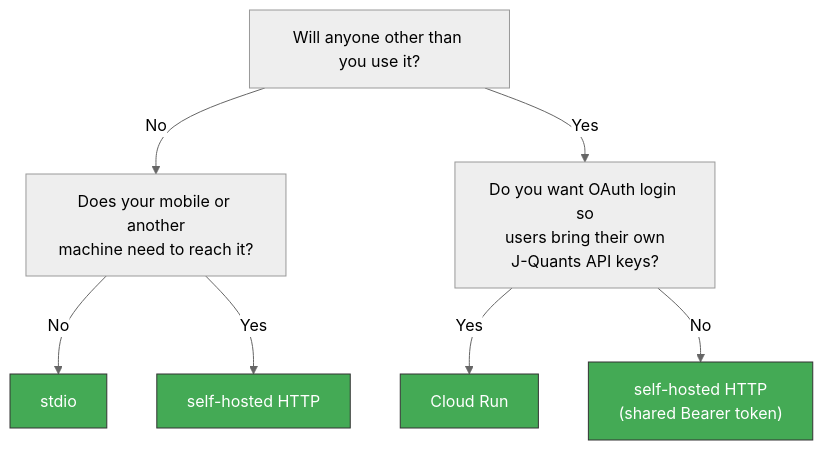
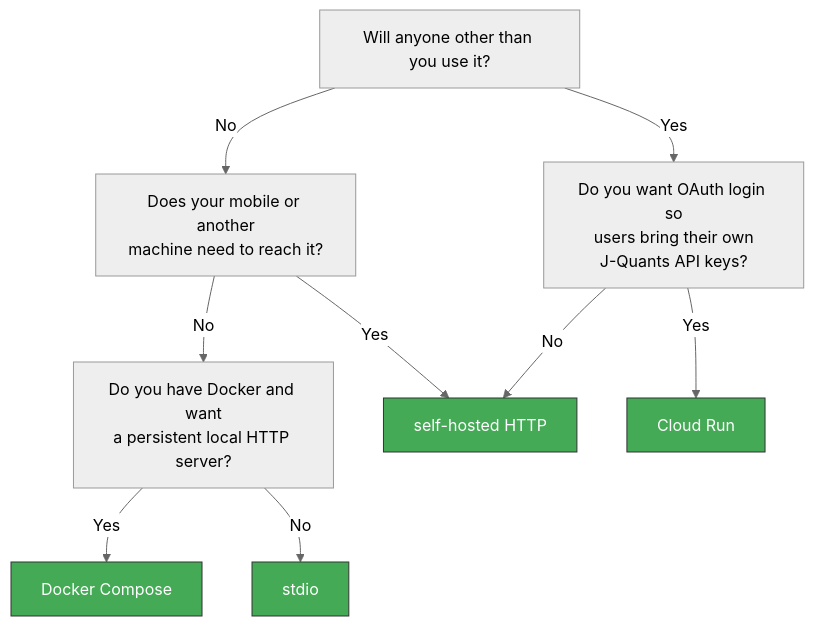
The fifth of 5 diagrams in docs/deploy/overview.md (shigechika/jquants-mcp), drawn with Mermaid (neutral theme) before and after one commit. The commit also changed other lines of this file and 5 other files, not shown here.

First line of the commit message:
docs(deploy): add Docker shape, BT mermaid diagrams, and Japanese translations

````diff
--- a/docs/deploy/overview.md
+++ b/docs/deploy/overview.md
@@ -65,17 +101,20 @@
 ```mermaid
 flowchart TD
     Q1["Will anyone other than you use it?"]
     Q1 -->|No| Q2["Does your mobile or another<br/>machine need to reach it?"]
     Q1 -->|Yes| Q3["Do you want OAuth login so<br/>users bring their own<br/>J-Quants API keys?"]
 
-    Q2 -->|No| R1["stdio"]
-    Q2 -->|Yes| R2["self-hosted HTTP"]
+    Q2 -->|No| Q4["Do you have Docker and want<br/>a persistent local HTTP server?"]
+    Q2 -->|Yes| R3["self-hosted HTTP"]
 
-    Q3 -->|Yes| R3["Cloud Run"]
-    Q3 -->|No| R4["self-hosted HTTP<br/>(shared Bearer token)"]
+    Q4 -->|Yes| R1["Docker Compose"]
+    Q4 -->|No| R2["stdio"]
+
+    Q3 -->|Yes| R4["Cloud Run"]
+    Q3 -->|No| R3
 
     style R1 fill:#4a5,stroke:#333,color:#fff
     style R2 fill:#4a5,stroke:#333,color:#fff
     style R3 fill:#4a5,stroke:#333,color:#fff
     style R4 fill:#4a5,stroke:#333,color:#fff
 ```
````
